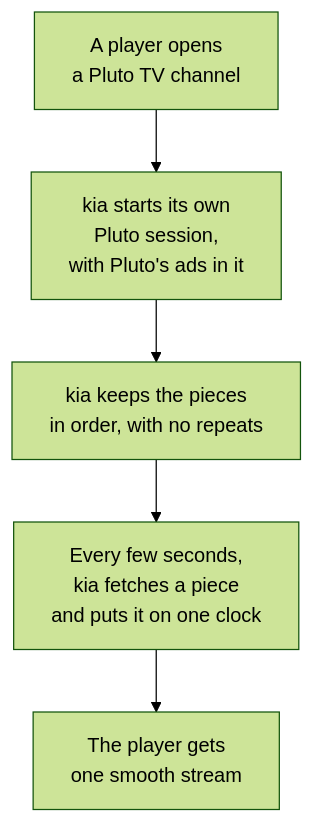
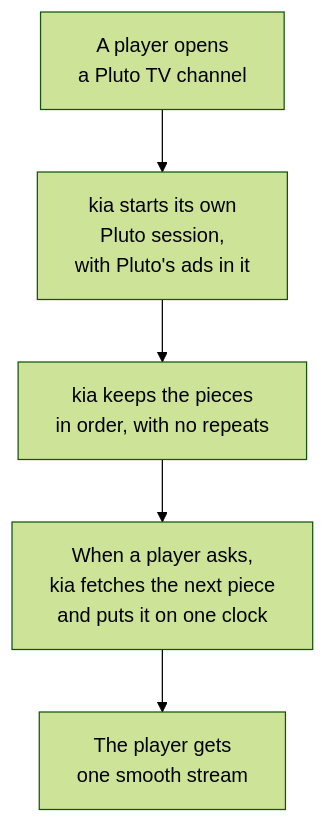
Before and after one commit to southsidedean/kodi-iptv-assistant: the diagram in docs/diagrams/pluto-relay.mmd, drawn with Mermaid (forest theme). The commit also changed 37 other files, not shown here.

```diff
--- a/docs/diagrams/pluto-relay.mmd
+++ b/docs/diagrams/pluto-relay.mmd
@@ -1,5 +1,5 @@
 flowchart TB
   open["A player opens<br>a Pluto TV channel"] --> session["kia starts its own<br>Pluto session,<br>with Pluto's ads in it"]
   session --> list["kia keeps the pieces<br>in order, with no repeats"]
-  list --> piece["Every few seconds,<br>kia fetches a piece<br>and puts it on one clock"]
+  list --> piece["When a player asks,<br>kia fetches the next piece<br>and puts it on one clock"]
   piece --> play["The player gets<br>one smooth stream"]
```
